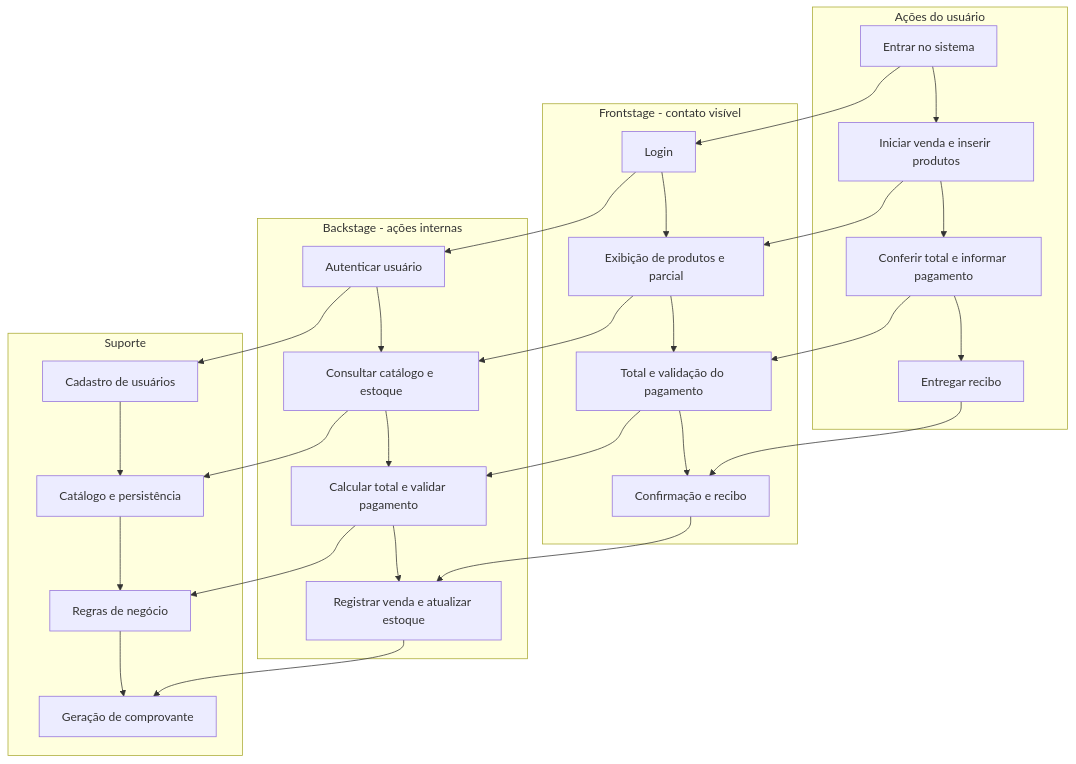
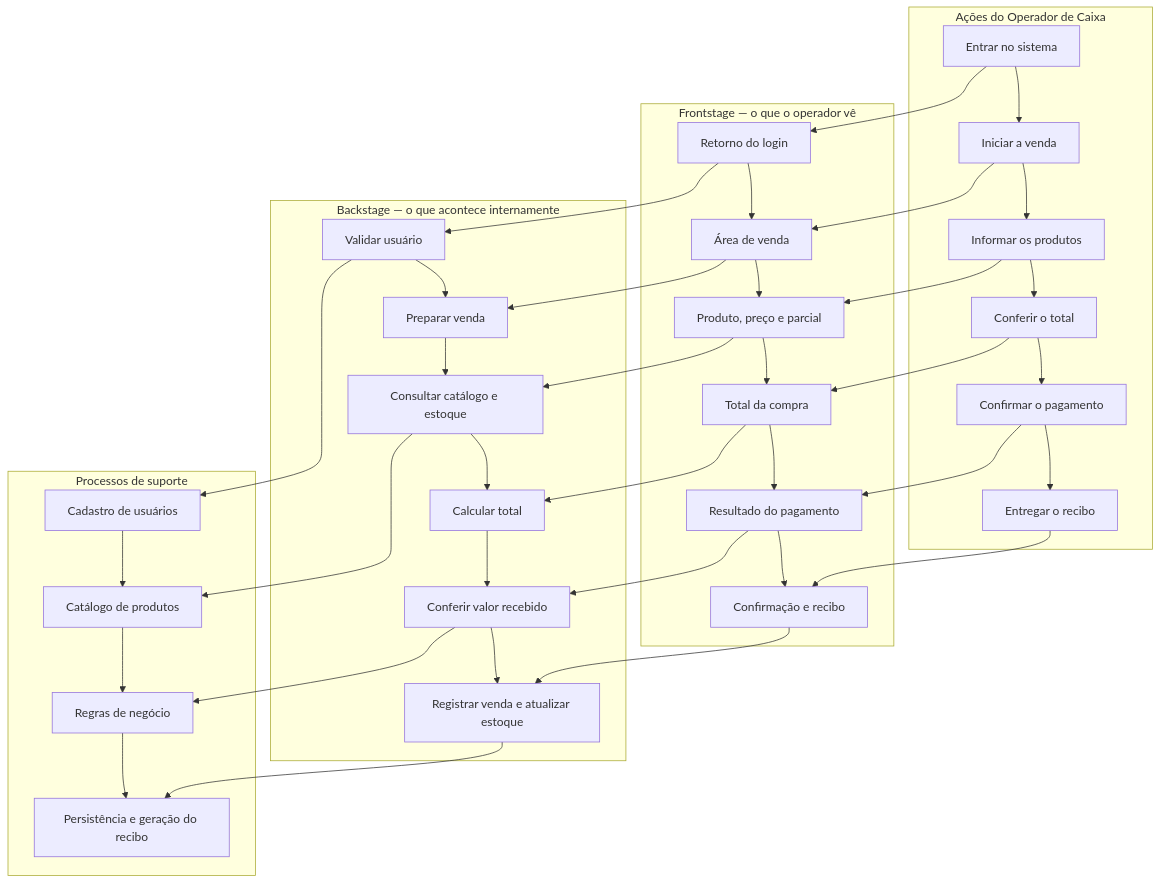
One commit to AbnerG1/projeto-BLUE-print- changed the second of 4 diagrams in docs/diagramas-mermaid.md. Above: the diagram before and after it, drawn with Mermaid. The commit also changed other lines of this file, not shown here.

Commit message:
docs: revisar docs/diagramas-mermaid.md com texto mais natural

````diff
--- a/docs/diagramas-mermaid.md
+++ b/docs/diagramas-mermaid.md
@@ -32,35 +32,45 @@
-```mermaid
+~~~mermaid
 flowchart TB
- subgraph U["Ações do usuário"]
- U1["Entrar no sistema"] --> U2["Iniciar venda e inserir produtos"]
- U2 --> U3["Conferir total e informar pagamento"]
- U3 --> U4["Entregar recibo"]
+ subgraph U["Ações do Operador de Caixa"]
+ U1["Entrar no sistema"] --> U2["Iniciar a venda"]
+ U2 --> U3["Informar os produtos"]
+ U3 --> U4["Conferir o total"]
+ U4 --> U5["Confirmar o pagamento"]
+ U5 --> U6["Entregar o recibo"]
  end
- subgraph F["Frontstage - contato visível"]
- F1["Login"] --> F2["Exibição de produtos e parcial"]
- F2 --> F3["Total e validação do pagamento"]
- F3 --> F4["Confirmação e recibo"]
+ subgraph F["Frontstage — o que o operador vê"]
+ F1["Retorno do login"] --> F2["Área de venda"]
+ F2 --> F3["Produto, preço e parcial"]
+ F3 --> F4["Total da compra"]
+ F4 --> F5["Resultado do pagamento"]
+ F5 --> F6["Confirmação e recibo"]
  end
- subgraph B["Backstage - ações internas"]
- B1["Autenticar usuário"] --> B2["Consultar catálogo e estoque"]
- B2 --> B3["Calcular total e validar pagamento"]
- B3 --> B4["Registrar venda e atualizar estoque"]
+ subgraph B["Backstage — o que acontece internamente"]
+ B1["Validar usuário"] --> B2["Preparar venda"]
+ B2 --> B3["Consultar catálogo e estoque"]
+ B3 --> B4["Calcular total"]
+ B4 --> B5["Conferir valor recebido"]
+ B5 --> B6["Registrar venda e atualizar estoque"]
  end
- subgraph S["Suporte"]
- S1["Cadastro de usuários"] --> S2["Catálogo e persistência"]
+ subgraph S["Processos de suporte"]
+ S1["Cadastro de usuários"] --> S2["Catálogo de produtos"]
  S2 --> S3["Regras de negócio"]
- S3 --> S4["Geração de comprovante"]
+ S3 --> S4["Persistência e geração do recibo"]
  end
  U1 --> F1
  U2 --> F2
  U3 --> F3
  U4 --> F4
+ U5 --> F5
+ U6 --> F6
  F1 --> B1
  F2 --> B2
  F3 --> B3
  F4 --> B4
+ F5 --> B5
+ F6 --> B6
  B1 --> S1
- B2 --> S2
- B3 --> S3
- B4 --> S4
-```
+ B3 --> S2
+ B5 --> S3
+ B6 --> S4
+~~~
````
